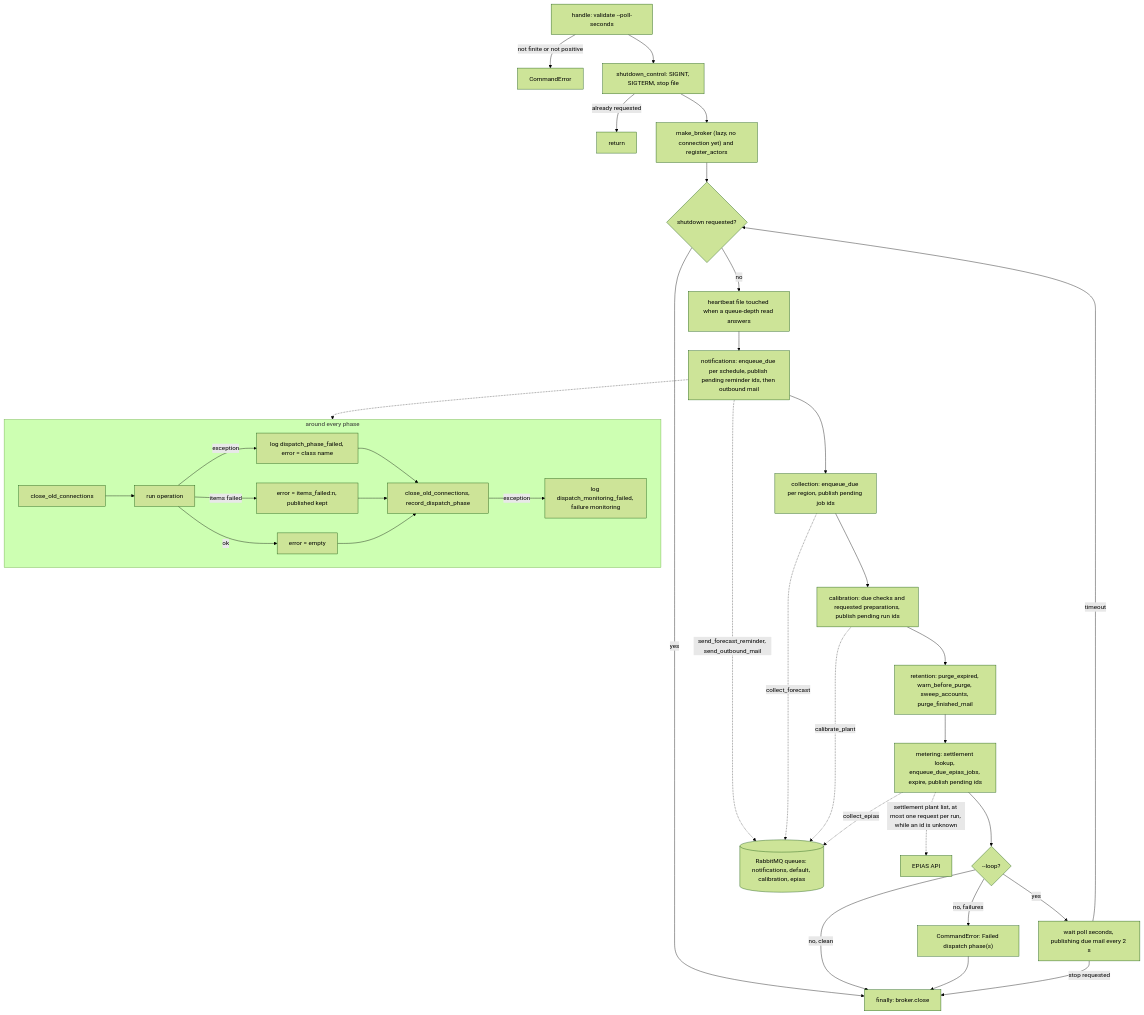
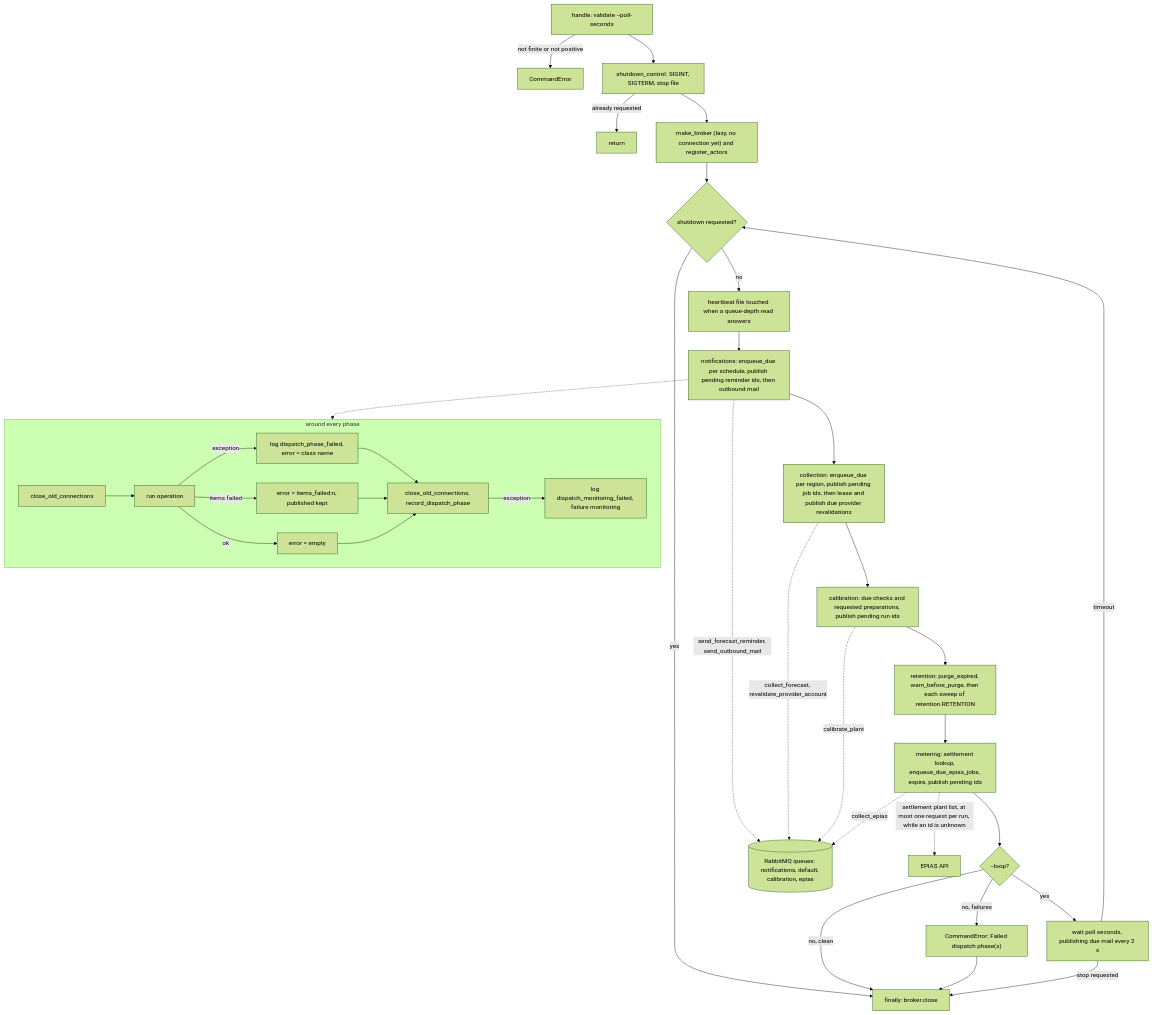
One commit to erkurtharun/pyracast changed the diagram in docs/flows/dispatcher-cycle.md. Above: the diagram before and after it, drawn with Mermaid (forest theme). The commit also changed other lines of this file and 52 other files, not shown here.

First line of the commit message:
Bring the flow pages in line with account erasure, typed plant values, on-demand loading, operations events and provider accounts

````diff
--- a/docs/flows/dispatcher-cycle.md
+++ b/docs/flows/dispatcher-cycle.md
@@ -17,39 +17,39 @@
 ```mermaid
 flowchart TD
     Start["handle: validate --poll-seconds"] -->|"not finite or not positive"| Err["CommandError"]
     Start --> Sig["shutdown_control: SIGINT, SIGTERM, stop file"]
     Sig -->|"already requested"| Exit["return"]
     Sig --> Broker["make_broker (lazy, no connection yet) and register_actors"]
     Broker --> Loop{"shutdown requested?"}
     Loop -->|yes| Close["finally: broker.close"]
     Loop -->|no| HB["heartbeat file touched when a queue-depth read answers"]
     HB --> N["notifications: enqueue_due per schedule, publish pending reminder ids, then outbound mail"]
-    N --> C["collection: enqueue_due per region, publish pending job ids"]
+    N --> C["collection: enqueue_due per region, publish pending job ids, then lease and publish due provider revalidations"]
     C --> K["calibration: due checks and requested preparations, publish pending run ids"]
-    K --> R["retention: purge_expired, warn_before_purge, sweep_accounts, purge_finished_mail"]
+    K --> R["retention: purge_expired, warn_before_purge, then each sweep of retention.RETENTION"]
     R --> M["metering: settlement lookup, enqueue_due_epias_jobs, expire, publish pending ids"]
     M --> Done{"--loop?"}
     Done -->|"no, failures"| Fail["CommandError: Failed dispatch phase(s)"]
     Done -->|"no, clean"| Close
     Fail --> Close
     Done -->|yes| Wait["wait poll seconds, publishing due mail every 2 s"]
     Wait -->|timeout| Loop
     Wait -->|"stop requested"| Close
     subgraph Each["around every phase"]
         P1["close_old_connections"] --> P2["run operation"]
         P2 -->|exception| P3["log dispatch_phase_failed, error = class name"]
         P2 -->|"items failed"| P7["error = items_failed:n, published kept"]
         P2 -->|ok| P4["error = empty"]
         P3 --> P5["close_old_connections, record_dispatch_phase"]
         P7 --> P5
         P4 --> P5
         P5 -->|exception| P6["log dispatch_monitoring_failed, failure monitoring"]
     end
     N -.-> Each
     Q[("RabbitMQ queues: notifications, default, calibration, epias")]
     N -.->|"send_forecast_reminder, send_outbound_mail"| Q
-    C -.->|collect_forecast| Q
+    C -.->|"collect_forecast, revalidate_provider_account"| Q
     K -.->|calibrate_plant| Q
     M -.->|collect_epias| Q
     M -.->|"settlement plant list, at most one request per run, while an id is unknown"| E["EPIAS API"]
 ```
````
